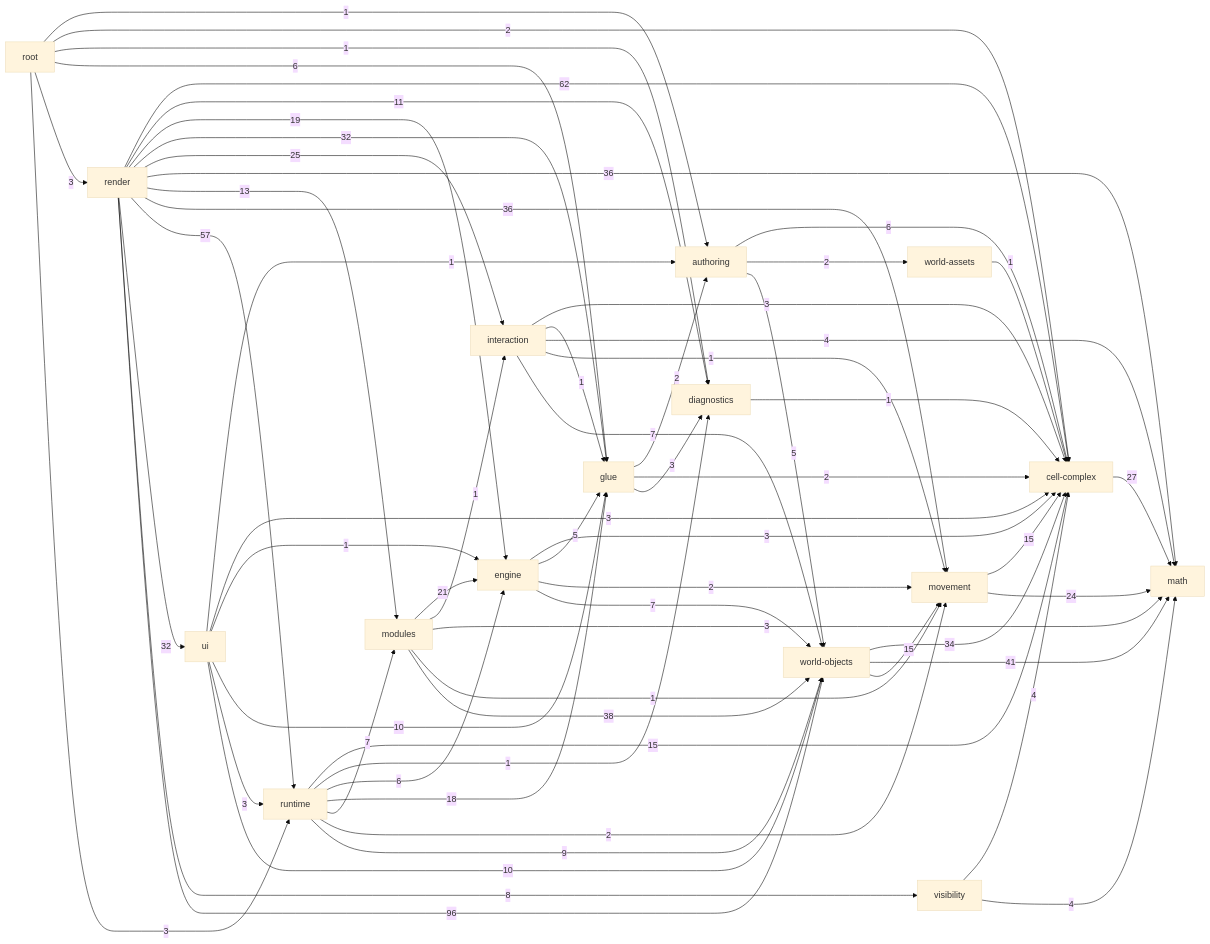
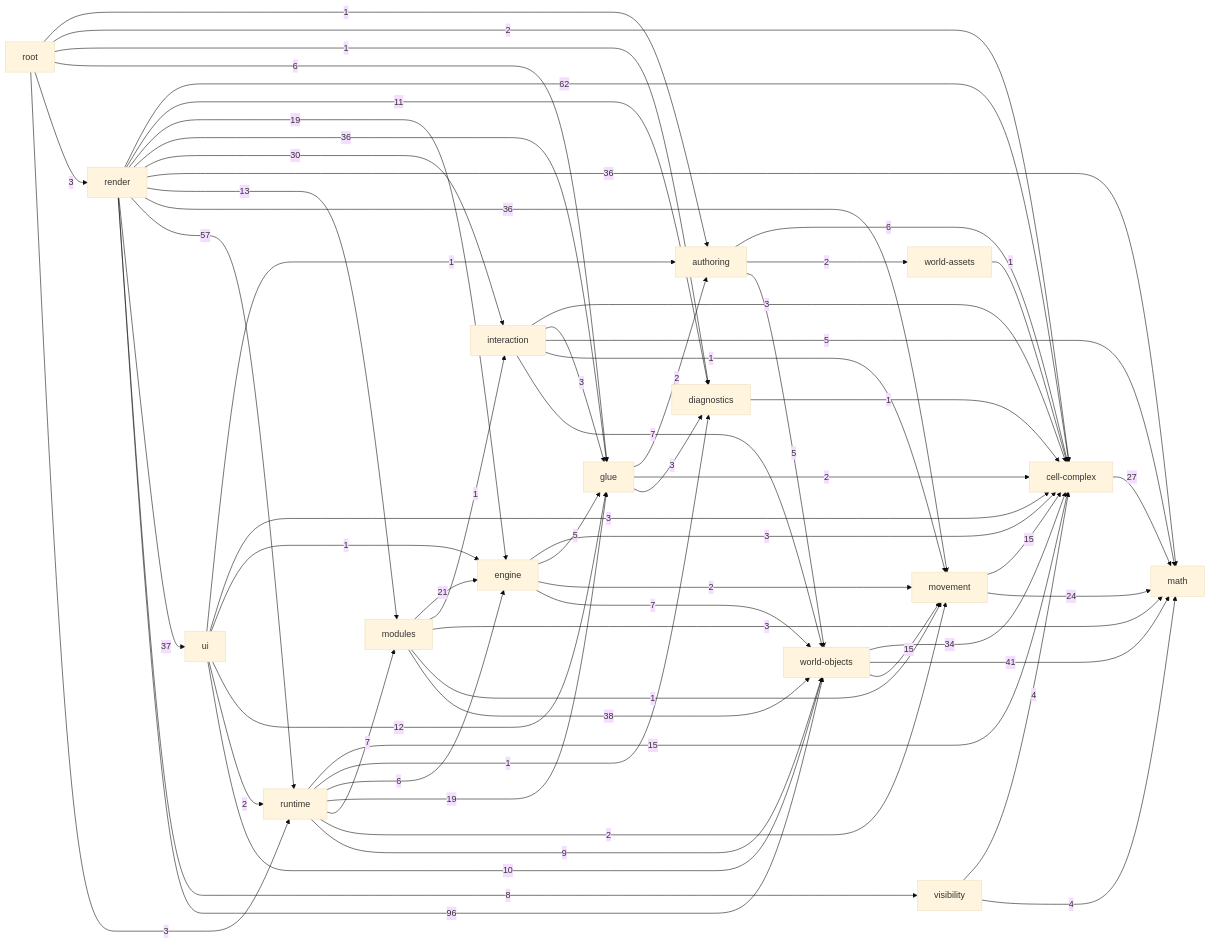
The diagram in _docs/generated/ARCHITECTURE_REFERENCE.md (guraltsev/noneuclid-fpv), drawn with Mermaid (base theme) before and after one commit. The commit also changed other lines of this file and 50 other files, not shown here.

````diff
--- a/_docs/generated/ARCHITECTURE_REFERENCE.md
+++ b/_docs/generated/ARCHITECTURE_REFERENCE.md
@@ -37,80 +37,80 @@
 ```mermaid
 flowchart LR
   math["math"]
   cell_complex["cell-complex"]
   diagnostics["diagnostics"]
   visibility["visibility"]
   movement["movement"]
   world_assets["world-assets"]
   world_objects["world-objects"]
   authoring["authoring"]
   glue["glue"]
   interaction["interaction"]
   engine["engine"]
   modules["modules"]
   runtime["runtime"]
   ui["ui"]
   render["render"]
   root["root"]
   authoring -->|6| cell_complex
   authoring -->|2| world_assets
   authoring -->|5| world_objects
   cell_complex -->|27| math
   diagnostics -->|1| cell_complex
   engine -->|3| cell_complex
   engine -->|5| glue
   engine -->|2| movement
   engine -->|7| world_objects
   glue -->|2| authoring
   glue -->|2| cell_complex
   glue -->|3| diagnostics
   interaction -->|3| cell_complex
-  interaction -->|1| glue
-  interaction -->|4| math
+  interaction -->|3| glue
+  interaction -->|5| math
   interaction -->|1| movement
   interaction -->|7| world_objects
   modules -->|21| engine
   modules -->|1| interaction
   modules -->|3| math
   modules -->|1| movement
   modules -->|38| world_objects
   movement -->|15| cell_complex
   movement -->|24| math
   render -->|62| cell_complex
   render -->|11| diagnostics
   render -->|19| engine
-  render -->|32| glue
-  render -->|25| interaction
+  render -->|36| glue
+  render -->|30| interaction
   render -->|36| math
   render -->|13| modules
   render -->|36| movement
   render -->|57| runtime
-  render -->|32| ui
+  render -->|37| ui
   render -->|8| visibility
   render -->|96| world_objects
   root -->|1| authoring
   root -->|2| cell_complex
   root -->|1| diagnostics
   root -->|6| glue
   root -->|3| render
   root -->|3| runtime
   runtime -->|15| cell_complex
   runtime -->|1| diagnostics
   runtime -->|6| engine
-  runtime -->|18| glue
+  runtime -->|19| glue
   runtime -->|7| modules
   runtime -->|2| movement
   runtime -->|9| world_objects
   ui -->|1| authoring
   ui -->|3| cell_complex
   ui -->|1| engine
-  ui -->|10| glue
-  ui -->|3| runtime
+  ui -->|12| glue
+  ui -->|2| runtime
   ui -->|10| world_objects
   visibility -->|4| cell_complex
   visibility -->|4| math
   world_assets -->|1| cell_complex
   world_objects -->|34| cell_complex
   world_objects -->|41| math
   world_objects -->|15| movement
 ```
````
